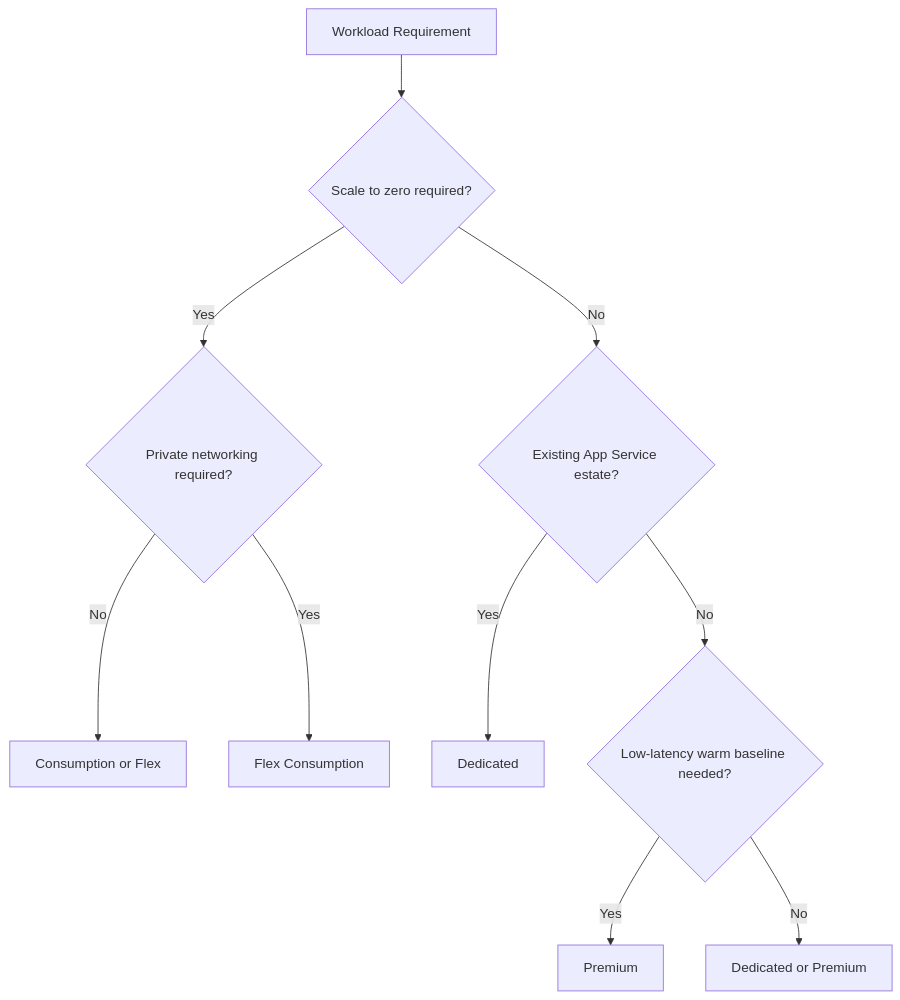
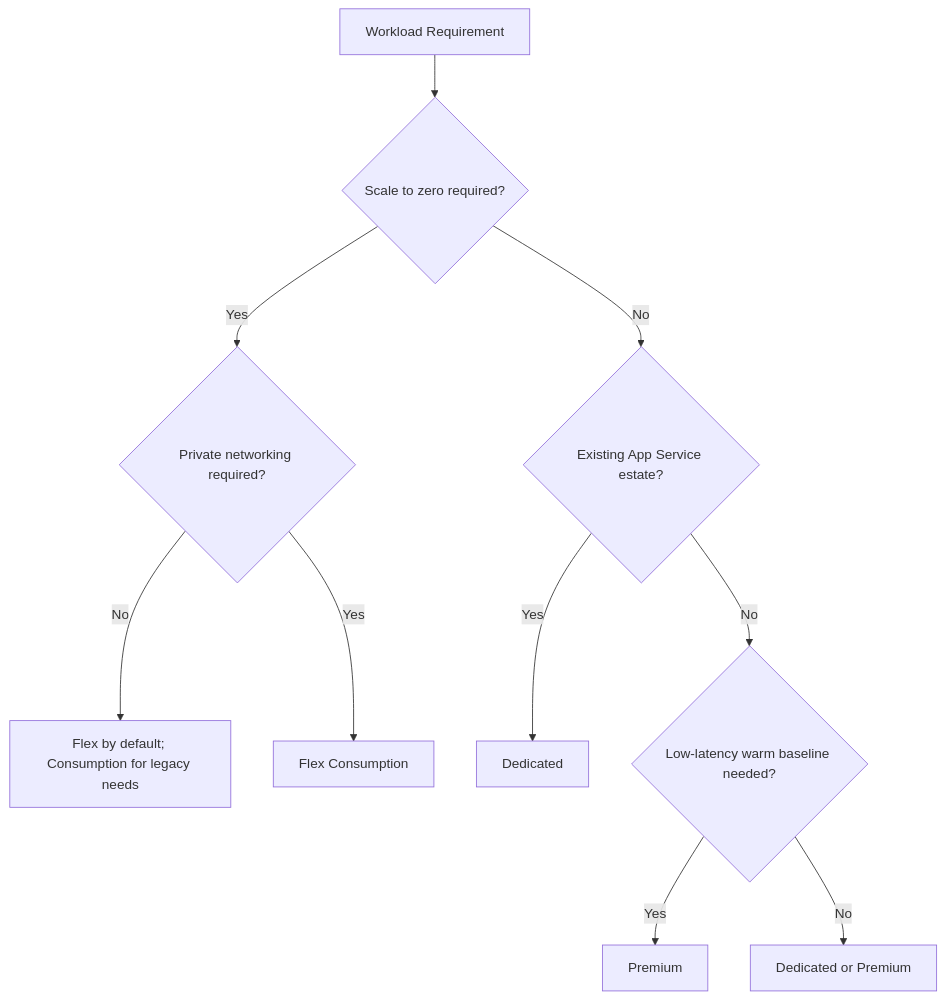
One commit to yeongseon/azure-functions-practical-guide changed the first of 2 diagrams in docs/platform/hosting.md. Above: the diagram before and after it, drawn with Mermaid. The commit also changed other lines of this file and 10 other files, not shown here.

````diff
--- a/docs/platform/hosting.md
+++ b/docs/platform/hosting.md
@@ -130,12 +126,12 @@
 ```mermaid
 flowchart TD
     A[Workload Requirement] --> B{Scale to zero required?}
     B -->|Yes| C{Private networking required?}
     B -->|No| D{Existing App Service estate?}
-    C -->|No| E[Consumption or Flex]
+    C -->|No| E[Flex by default; Consumption for legacy needs]
     C -->|Yes| F[Flex Consumption]
     D -->|Yes| G[Dedicated]
     D -->|No| H{Low-latency warm baseline needed?}
     H -->|Yes| I[Premium]
     H -->|No| J[Dedicated or Premium]
 ```
````
